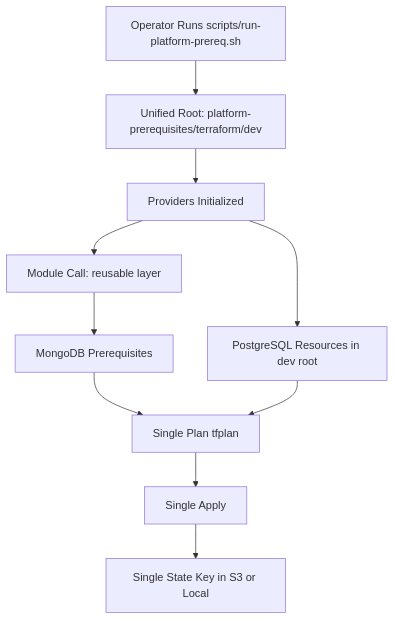
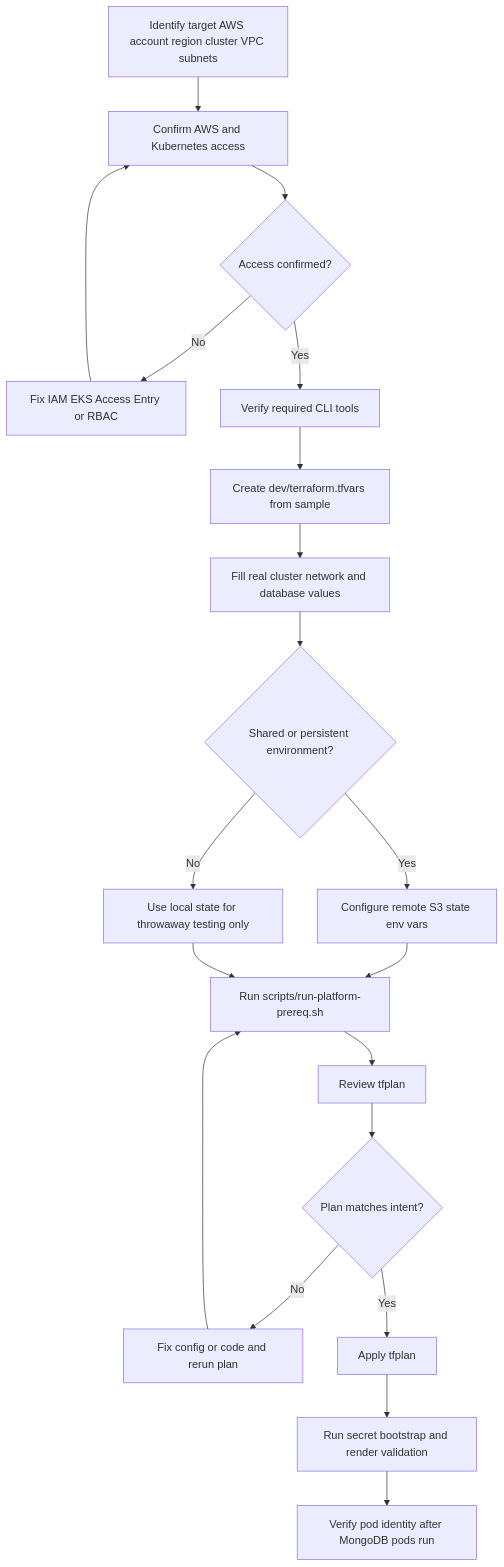
One commit to sml-global/mongodb changed the first of 8 diagrams in platform-prerequisites/terraform/README.md. Above: the diagram before and after it, drawn with Mermaid. The commit also changed other lines of this file and 2 other files, not shown here.

Commit message:
Clarify Terraform docs for operator and admin readers

````diff
--- a/platform-prerequisites/terraform/README.md
+++ b/platform-prerequisites/terraform/README.md
@@ -113,12 +129,22 @@
 ```mermaid
 flowchart TD
-  A[Operator Runs scripts/run-platform-prereq.sh] --> B[Unified Root: platform-prerequisites/terraform/dev]
-  B --> C[Providers Initialized]
-  C --> D[Module Call: reusable layer]
-  D --> E[MongoDB Prerequisites]
-  C --> F[PostgreSQL Resources in dev root]
-  E --> G[Single Plan tfplan]
-  F --> G
-  G --> H[Single Apply]
-  H --> I[Single State Key in S3 or Local]
+  A[Identify target AWS account region cluster VPC subnets] --> B[Confirm AWS and Kubernetes access]
+  B --> C{Access confirmed?}
+  C -->|No| D[Fix IAM EKS Access Entry or RBAC]
+  D --> B
+  C -->|Yes| E[Verify required CLI tools]
+  E --> F[Create dev/terraform.tfvars from sample]
+  F --> G[Fill real cluster network and database values]
+  G --> H{Shared or persistent environment?}
+  H -->|Yes| I[Configure remote S3 state env vars]
+  H -->|No| J[Use local state for throwaway testing only]
+  I --> K[Run scripts/run-platform-prereq.sh]
+  J --> K
+  K --> L[Review tfplan]
+  L --> M{Plan matches intent?}
+  M -->|No| N[Fix config or code and rerun plan]
+  N --> K
+  M -->|Yes| O[Apply tfplan]
+  O --> P[Run secret bootstrap and render validation]
+  P --> Q[Verify pod identity after MongoDB pods run]
 ```
````
